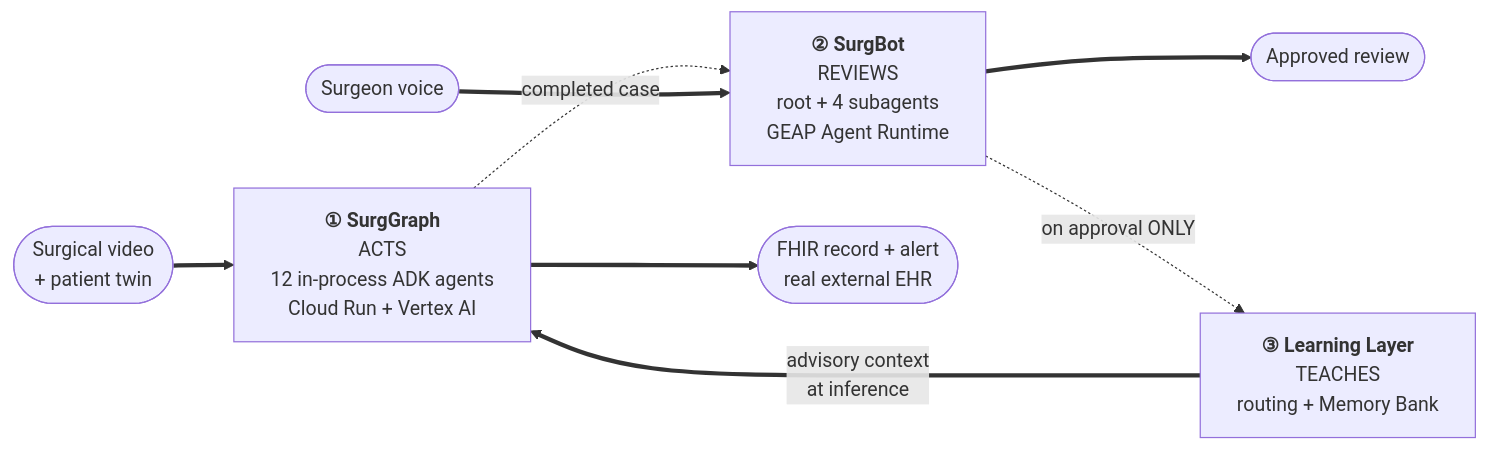
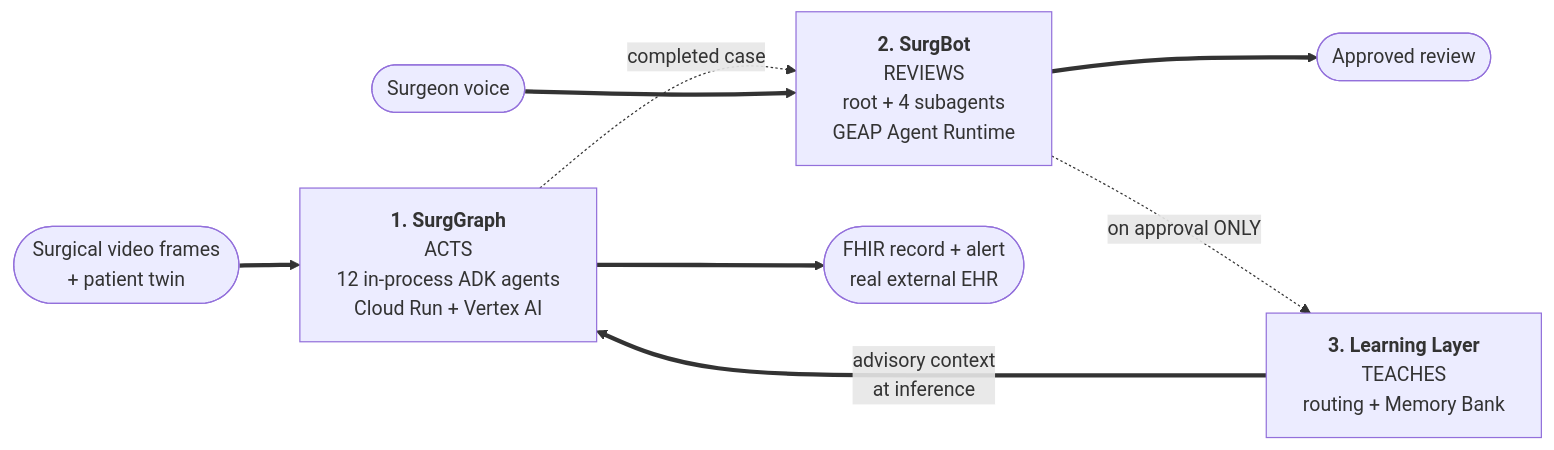
The diagram in README.md (adityashukla8/surggraph), drawn with Mermaid before and after one commit. The commit also changed other lines of this file and 18 other files, not shown here.

````diff
--- a/README.md
+++ b/README.md
@@ -125,14 +120,14 @@
 ```mermaid
 flowchart LR
-    VID(["Surgical video<br/>+ patient twin"]) ==> A1
-    A1["<b>① SurgGraph</b><br/>ACTS<br/>12 in-process ADK agents<br/>Cloud Run + Vertex AI"]
-    A2["<b>② SurgBot</b><br/>REVIEWS<br/>root + 4 subagents<br/>GEAP Agent Runtime"]
-    A3["<b>③ Learning Layer</b><br/>TEACHES<br/>routing + Memory Bank"]
+    VID(["Surgical video frames<br/>+ patient twin"]) ==> A1
+    A1["<b>1. SurgGraph</b><br/>ACTS<br/>12 in-process ADK agents<br/>Cloud Run + Vertex AI"]
+    A2["<b>2. SurgBot</b><br/>REVIEWS<br/>root + 4 subagents<br/>GEAP Agent Runtime"]
+    A3["<b>3. Learning Layer</b><br/>TEACHES<br/>routing + Memory Bank"]
 
     A1 ==> FHIR(["FHIR record + alert<br/>real external EHR"])
     A1 -.->|completed case| A2
     VOICE(["Surgeon voice"]) ==> A2
     A2 ==> DOC(["Approved review"])
     A2 -.->|on approval ONLY| A3
     A3 ==>|advisory context<br/>at inference| A1
 ```
````
